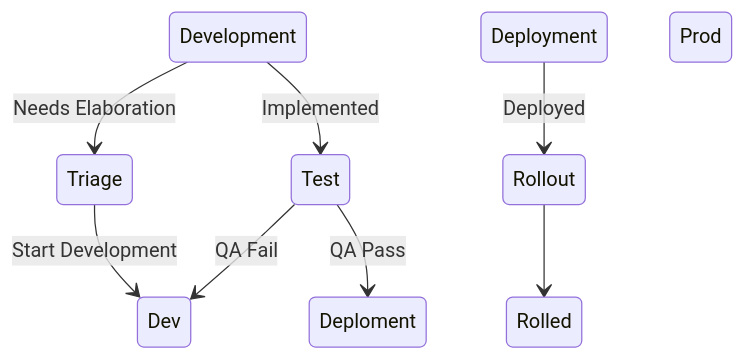
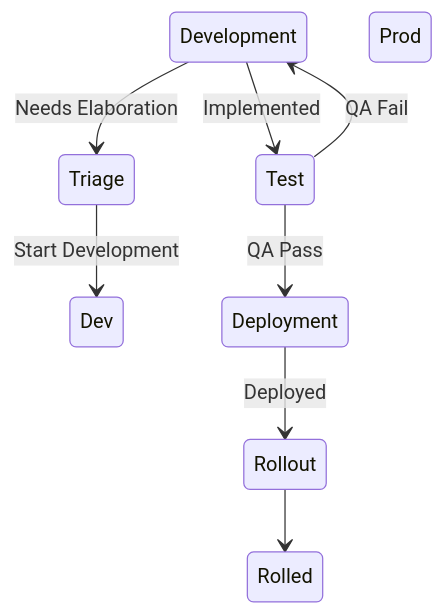
One commit to NyanHelsing/nyanhelsing.github.io changed the diagram in workflow.md. Above: the diagram before and after it, drawn with Mermaid.

````diff
--- a/workflow.md
+++ b/workflow.md
@@ -7,10 +7,10 @@
 ```mermaid
 stateDiagram-v2
     Triage --> Dev: Start Development
     Development --> Triage: Needs Elaboration
     Development --> Test: Implemented
-    Test --> Dev: QA Fail
-    Test --> Deploment: QA Pass
+    Test --> Development: QA Fail
+    Test --> Deployment: QA Pass
     Deployment --> Rollout: Deployed
     Rollout --> Rolled Out: Prod
 ```
````
